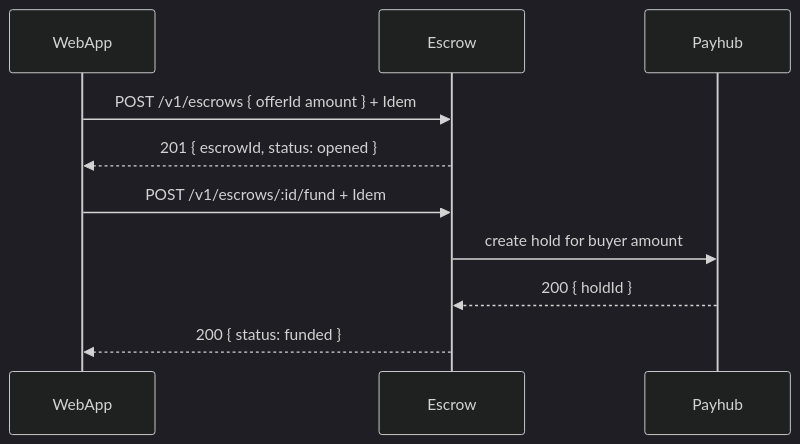
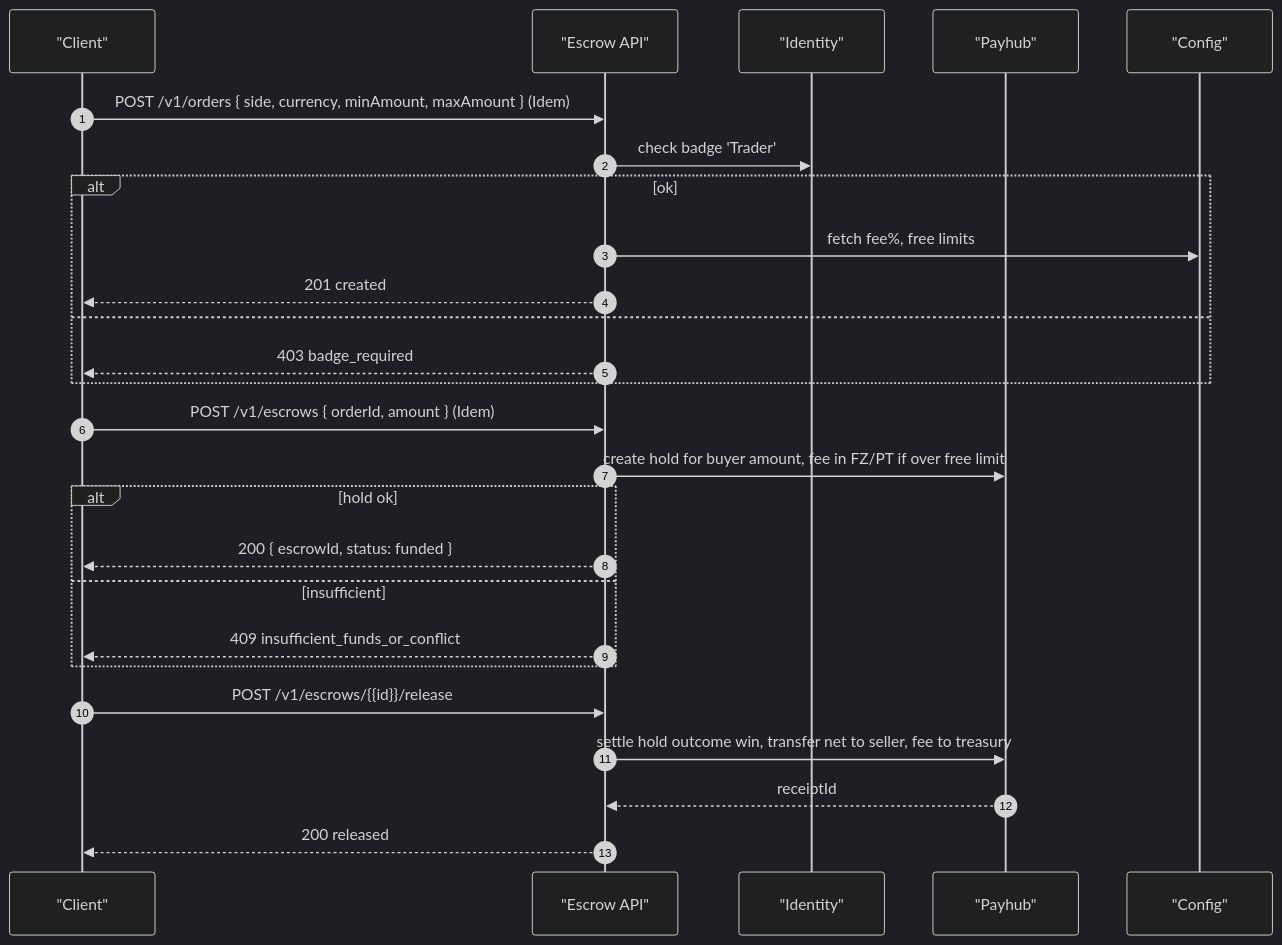
The second of 4 diagrams in miniapp-escrow-service.md (fuzeac/fuze-telegram-mini-app), drawn with Mermaid (dark theme) before and after one commit. The commit also changed other lines of this file, not shown here.

````diff
--- a/miniapp-escrow-service.md
+++ b/miniapp-escrow-service.md
@@ -108,12 +97,30 @@
 ```mermaid
 sequenceDiagram
-participant UI as WebApp
-participant ESC as Escrow
-participant PAY as Payhub
-UI->>ESC: POST /v1/escrows { offerId amount } + Idem
-ESC-->>UI: 201 { escrowId, status: opened }
-UI->>ESC: POST /v1/escrows/:id/fund + Idem
-ESC->>PAY: create hold for buyer amount
-PAY-->>ESC: 200 { holdId }
-ESC-->>UI: 200 { status: funded }
+  autonumber
+  participant UI as "Client"
+  participant ES as "Escrow API"
+  participant ID as "Identity"
+  participant PAY as "Payhub"
+  participant CFG as "Config"
+  UI->>ES: POST /v1/orders { side, currency, minAmount, maxAmount } (Idem)
+  ES->>ID: check badge 'Trader'
+  alt ok
+    ES->>CFG: fetch fee%, free limits
+    ES-->>UI: 201 created
+  else
+    ES-->>UI: 403 badge_required
+  end
+
+  UI->>ES: POST /v1/escrows { orderId, amount } (Idem)
+  ES->>PAY: create hold for buyer amount, fee in FZ/PT if over free limit
+  alt hold ok
+    ES-->>UI: 200 { escrowId, status: funded }
+  else insufficient
+    ES-->>UI: 409 insufficient_funds_or_conflict
+  end
+
+  UI->>ES: POST /v1/escrows/{{id}}/release
+  ES->>PAY: settle hold outcome win, transfer net to seller, fee to treasury
+  PAY-->>ES: receiptId
+  ES-->>UI: 200 released
 ```
````
